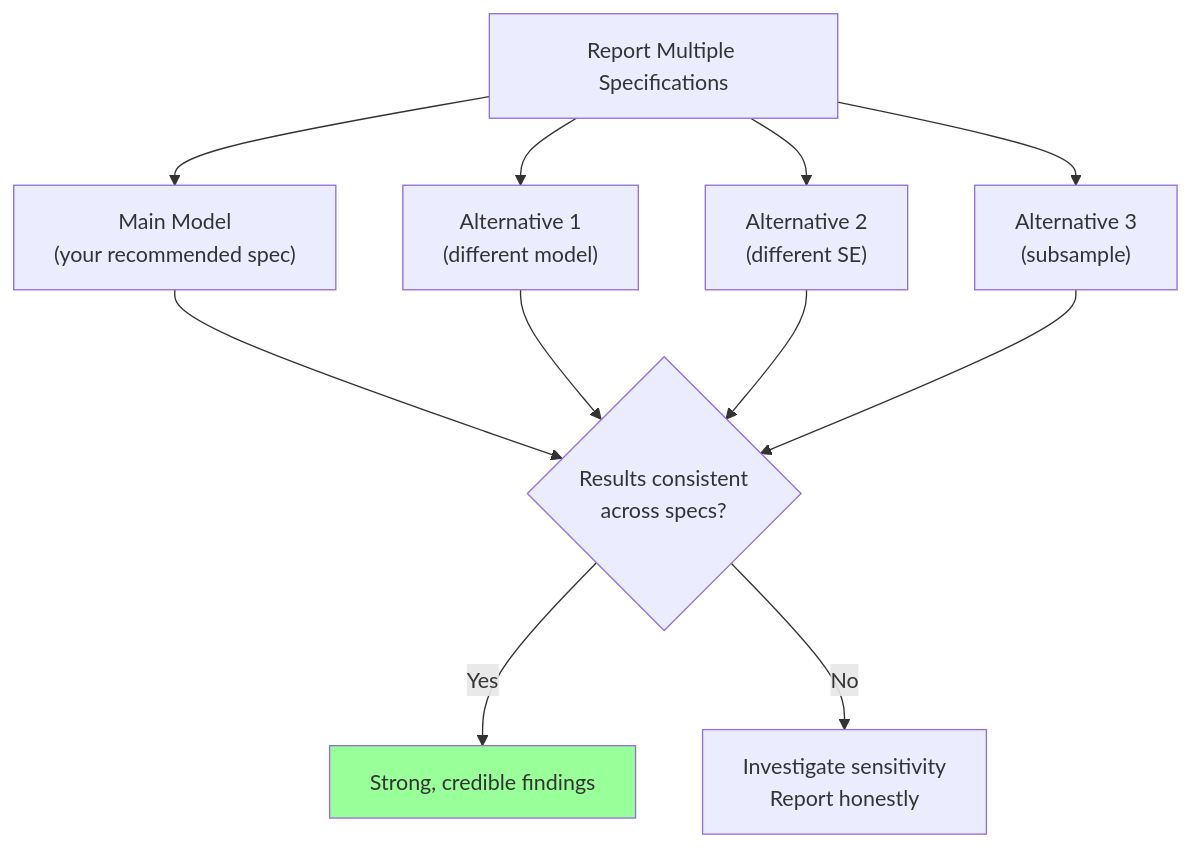
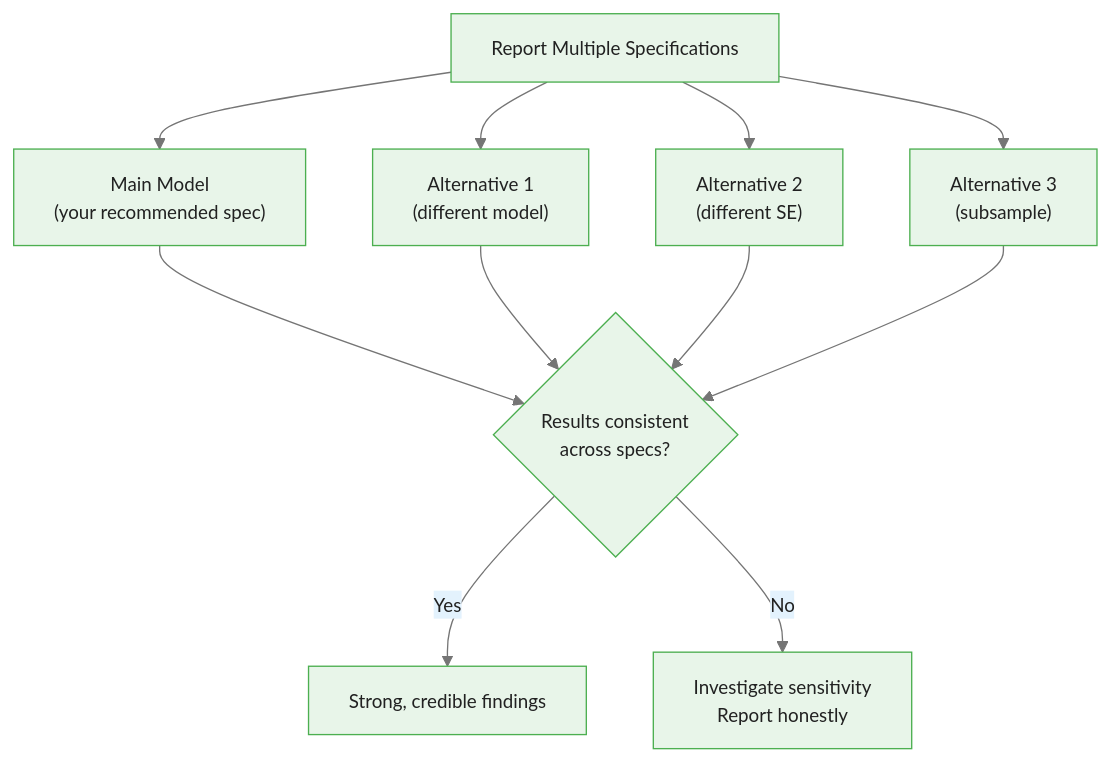
The fourth of 4 diagrams in courses/panel-regression/modules/module_04_model_selection/guides/03_practical_model_choice_slides.md (m-deane/course-creator), drawn with Mermaid before and after one commit. The commit also changed other lines of this file and 79 other files, not shown here.

````diff
--- a/courses/panel-regression/modules/module_04_model_selection/guides/03_practical_model_choice_slides.md
+++ b/courses/panel-regression/modules/module_04_model_selection/guides/03_practical_model_choice_slides.md
@@ -216,18 +260,17 @@
 ```mermaid
+%%{init: {"theme": "base", "themeVariables": {"primaryColor": "#e8f5e9", "primaryBorderColor": "#4caf50", "primaryTextColor": "#212121", "secondaryColor": "#e3f2fd", "tertiaryColor": "#fff8e1", "lineColor": "#757575", "fontFamily": "Inter, sans-serif", "fontSize": "14px"}}}%%
 flowchart TD
     REPORT["Report Multiple Specifications"]
     REPORT --> MAIN["Main Model<br/>(your recommended spec)"]
     REPORT --> ALT1["Alternative 1<br/>(different model)"]
     REPORT --> ALT2["Alternative 2<br/>(different SE)"]
     REPORT --> ALT3["Alternative 3<br/>(subsample)"]
 
     MAIN --> ROBUST{"Results consistent<br/>across specs?"}
     ALT1 --> ROBUST
     ALT2 --> ROBUST
     ALT3 --> ROBUST
 
     ROBUST -->|"Yes"| CREDIBLE["Strong, credible findings"]
     ROBUST -->|"No"| INVESTIGATE["Investigate sensitivity<br/>Report honestly"]
-
-    style CREDIBLE fill:#9f9
 ```
````
